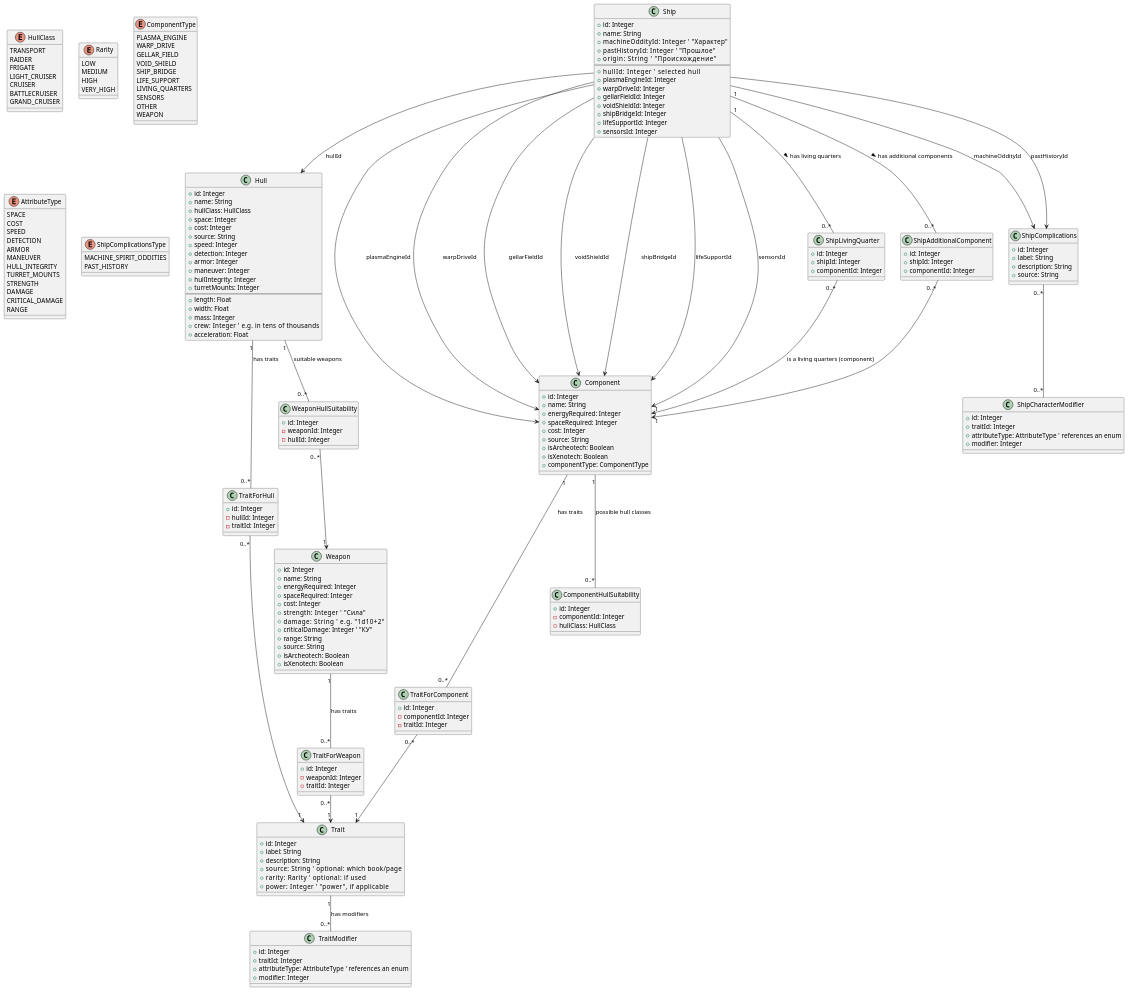
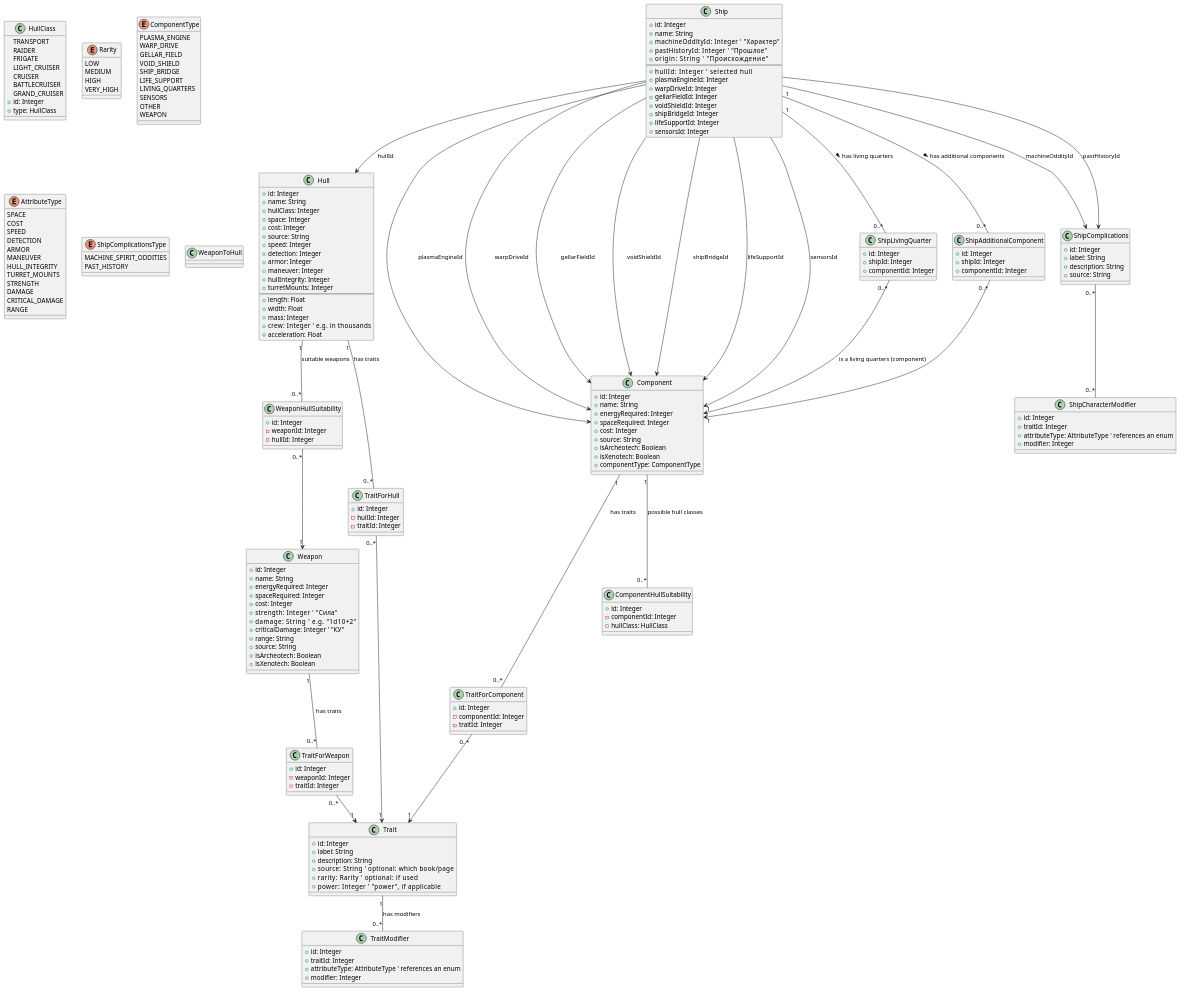
Before and after one commit to Ankater/wh40k_ship_creator: the diagram in docs/ship-creator-uml.puml, drawn with PlantUML. The commit also changed 1 other file, not shown here.

```diff
--- a/docs/ship-creator-uml.puml
+++ b/docs/ship-creator-uml.puml
@@ -58,7 +58,7 @@
 class Hull {
   + id: Integer
   + name: String
-  + hullClass: HullClass
+  + hullClass: Integer
   + space: Integer
   + cost: Integer
   + source: String
@@ -72,8 +72,16 @@
   + length: Float
   + width: Float
   + mass: Integer
-  + crew: Integer      ' e.g. in tens of thousands
+  + crew: Integer      ' e.g. in thousands
   + acceleration: Float
+}
+
+class HullClass {
+  + id: Integer
+  + type: HullClass
+}
+
+class WeaponToHull {
 }
 
 class Component {
```
